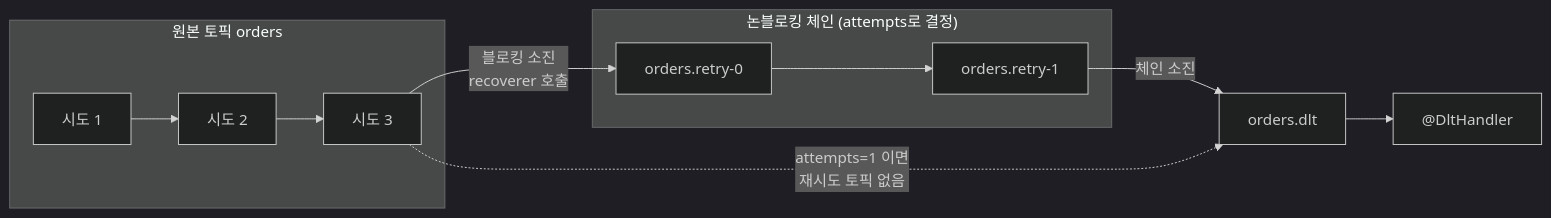
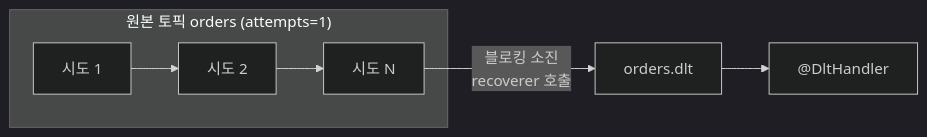
Before and after one commit to ImGdevel/Kafka: the third of 6 diagrams in docs/spec/tech/kafka-retry-dlt.md, drawn with Mermaid (dark theme). The commit also changed other lines of this file and 2 other files, not shown here.

First line of the commit message:
test(retry-dlt): 두 재시도 축을 동시에 켜면 곱해짐을 실측하고 문서 정정

````diff
--- a/docs/spec/tech/kafka-retry-dlt.md
+++ b/docs/spec/tech/kafka-retry-dlt.md
@@ -94,17 +100,9 @@
 ```mermaid
 flowchart LR
-    subgraph MAIN["원본 토픽 orders"]
-        M1["시도 1"] --> M2["시도 2"] --> M3["시도 3"]
+    subgraph MAIN["원본 토픽 orders (attempts=1)"]
+        M1["시도 1"] --> M2["시도 2"] --> M3["시도 N"]
     end
 
-    M3 -->|"블로킹 소진<br/>recoverer 호출"| R0
-
-    subgraph NB["논블로킹 체인 (attempts로 결정)"]
-        R0["orders.retry-0"] --> R1["orders.retry-1"]
-    end
-
-    R1 -->|"체인 소진"| DLT["orders.dlt"]
+    M3 -->|"블로킹 소진<br/>recoverer 호출"| DLT["orders.dlt"]
     DLT --> H["@DltHandler"]
-
-    M3 -.->|"attempts=1 이면<br/>재시도 토픽 없음"| DLT
 ```
````
